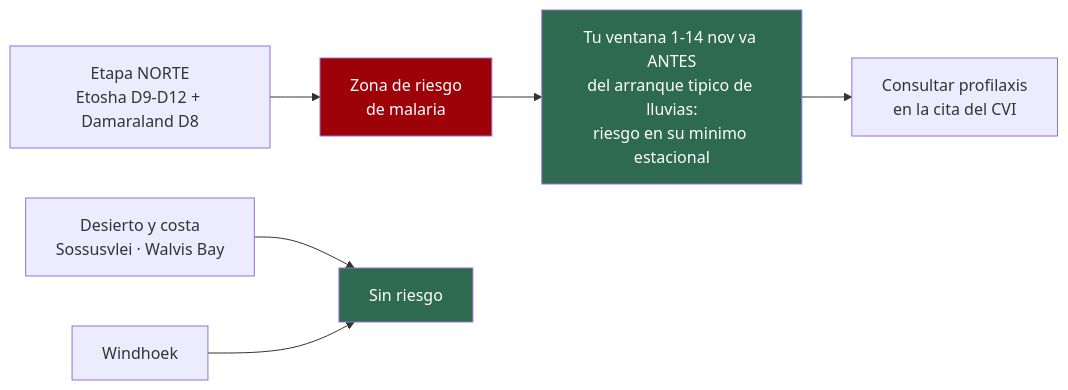
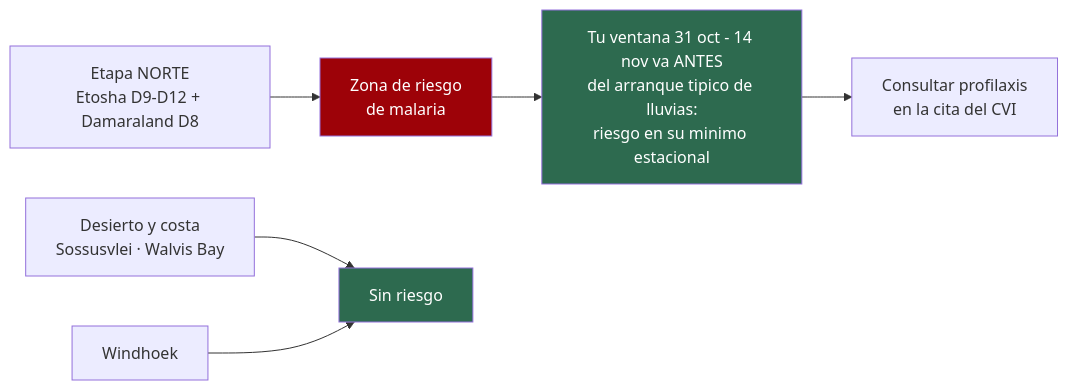
The first of 5 diagrams in 04-guia-preparacion.md (morandeirachema/namibia), drawn with Mermaid before and after one commit. The commit also changed other lines of this file and 20 other files, not shown here.

````diff
--- a/04-guia-preparacion.md
+++ b/04-guia-preparacion.md
@@ -26,11 +26,11 @@
 ```mermaid
 flowchart LR
     N["Etapa NORTE<br/>Etosha D9-D12 + Damaraland D8"] --> R["Zona de riesgo<br/>de malaria"]
     S["Desierto y costa<br/>Sossusvlei · Walvis Bay"] --> NR["Sin riesgo"]
     W["Windhoek"] --> NR
-    R --> T["Tu ventana 1-14 nov va ANTES<br/>del arranque tipico de lluvias:<br/>riesgo en su minimo estacional"]
+    R --> T["Tu ventana 31 oct - 14 nov va ANTES<br/>del arranque tipico de lluvias:<br/>riesgo en su minimo estacional"]
     T --> P["Consultar profilaxis<br/>en la cita del CVI"]
     style R fill:#9d0208,color:#fff
     style NR fill:#2d6a4f,color:#fff
     style T fill:#2d6a4f,color:#fff
 ```
````
